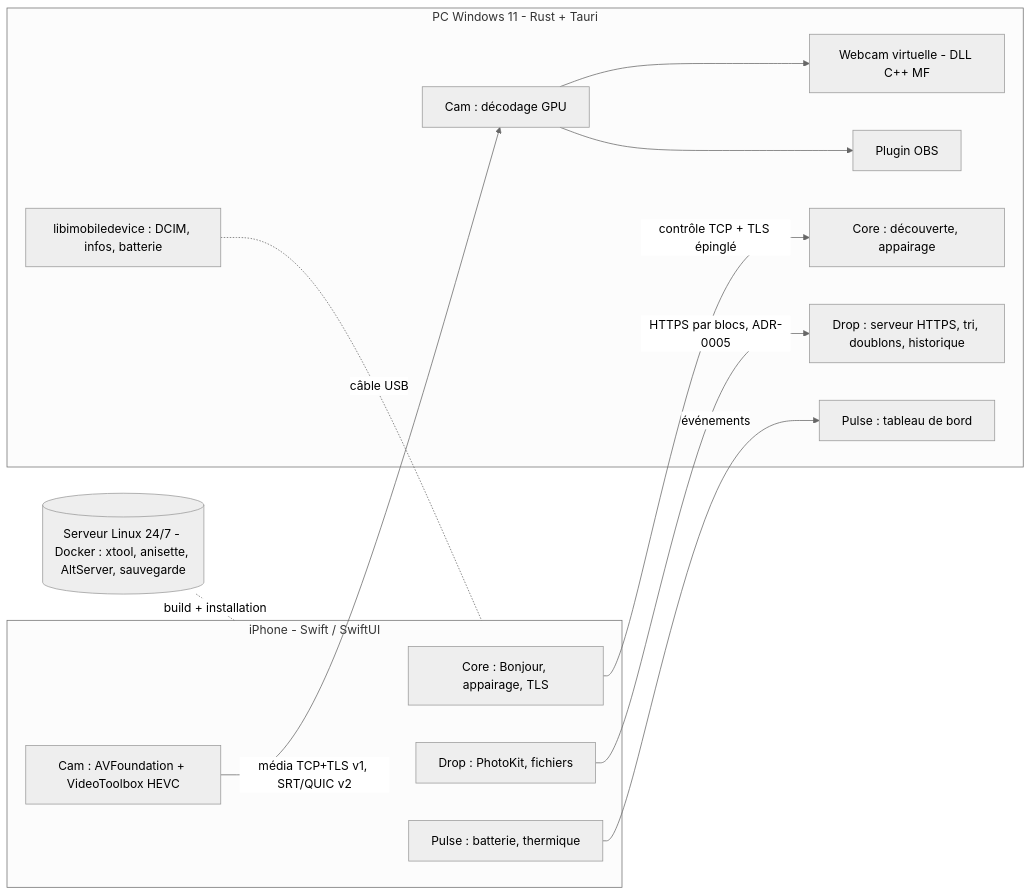
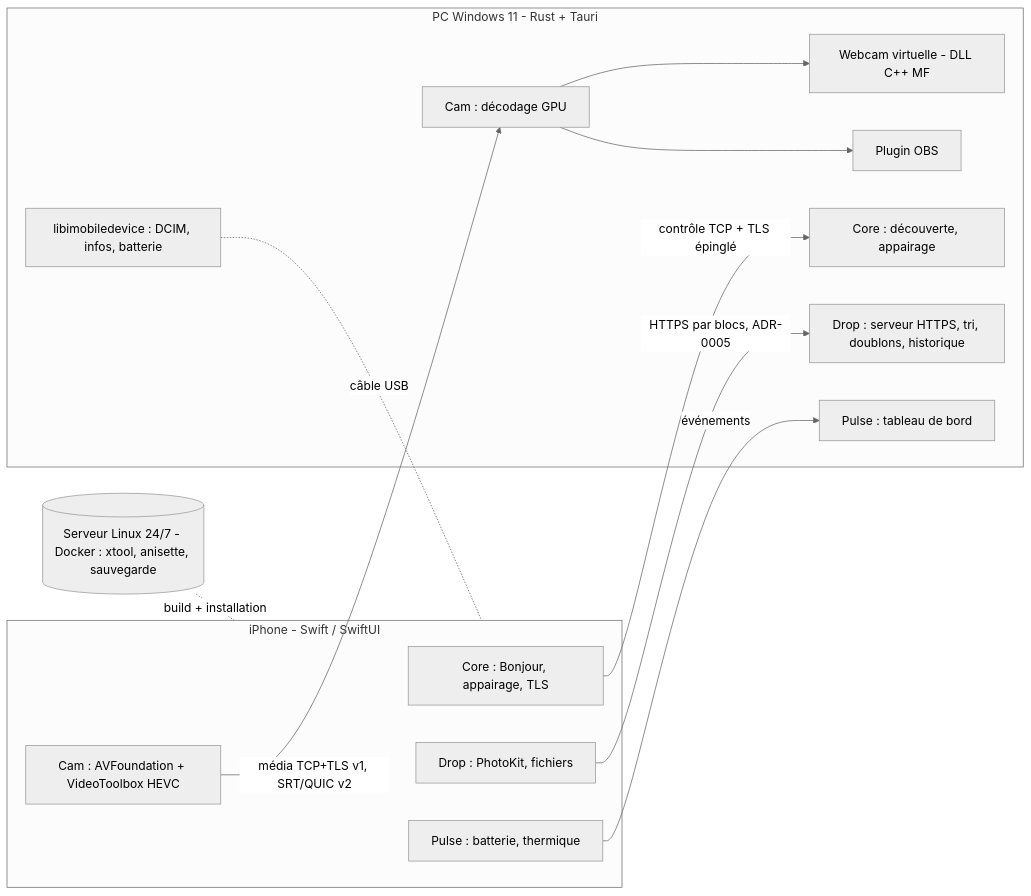
The first of 2 diagrams in docs/ARCHITECTURE.md (1oma1e/Hyphn), drawn with Mermaid (neutral theme) before and after one commit. The commit also changed other lines of this file and 14 other files, not shown here.

````diff
--- a/docs/ARCHITECTURE.md
+++ b/docs/ARCHITECTURE.md
@@ -8,27 +8,27 @@
 ```mermaid
 flowchart LR
   subgraph IPH[iPhone - Swift / SwiftUI]
     ICore[Core : Bonjour, appairage, TLS]
     ICam[Cam : AVFoundation + VideoToolbox HEVC]
     IDrop[Drop : PhotoKit, fichiers]
     IPulse[Pulse : batterie, thermique]
   end
   subgraph PC[PC Windows 11 - Rust + Tauri]
     PCore[Core : découverte, appairage]
     PCam[Cam : décodage GPU]
     VCam[Webcam virtuelle - DLL C++ MF]
     OBS[Plugin OBS]
     PDrop[Drop : serveur HTTPS, tri, doublons, historique]
     PPulse[Pulse : tableau de bord]
     LIMD[libimobiledevice : DCIM, infos, batterie]
   end
   ICore -- contrôle TCP + TLS épinglé --> PCore
   ICam -- média TCP+TLS v1, SRT/QUIC v2 --> PCam
   PCam --> VCam
   PCam --> OBS
   IDrop -- HTTPS par blocs, ADR-0005 --> PDrop
   IPulse -- événements --> PPulse
   LIMD -. câble USB .- IPH
-  SRV[(Serveur Linux 24/7 - Docker : xtool, anisette, AltServer, sauvegarde)]
+  SRV[(Serveur Linux 24/7 - Docker : xtool, anisette, sauvegarde)]
   SRV -. build + installation .- IPH
 ```
````
